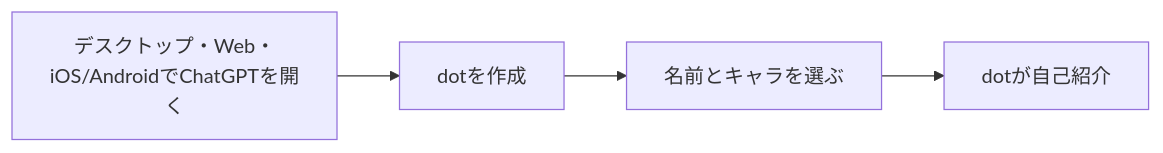
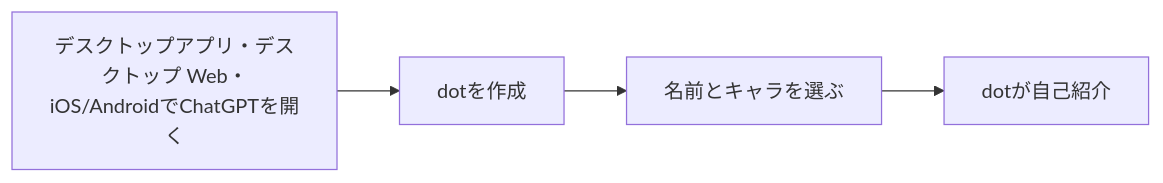
Before and after one commit to myoshi2891/Comparison-of-LLMs: the sixth of 12 diagrams in Openai-dots-best-practices-guide.md, drawn with Mermaid. The commit also changed other lines of this file, not shown here.

````diff
--- a/Openai-dots-best-practices-guide.md
+++ b/Openai-dots-best-practices-guide.md
@@ -223,6 +223,6 @@
 ```mermaid
 flowchart LR
-  A["デスクトップ・Web・<br/>iOS/AndroidでChatGPTを開く"] --> B["dotを作成"]
+  A["デスクトップアプリ・デスクトップ Web・<br/>iOS/AndroidでChatGPTを開く"] --> B["dotを作成"]
   B --> C["名前とキャラを選ぶ"]
   C --> D["dotが自己紹介"]
 ```
````
